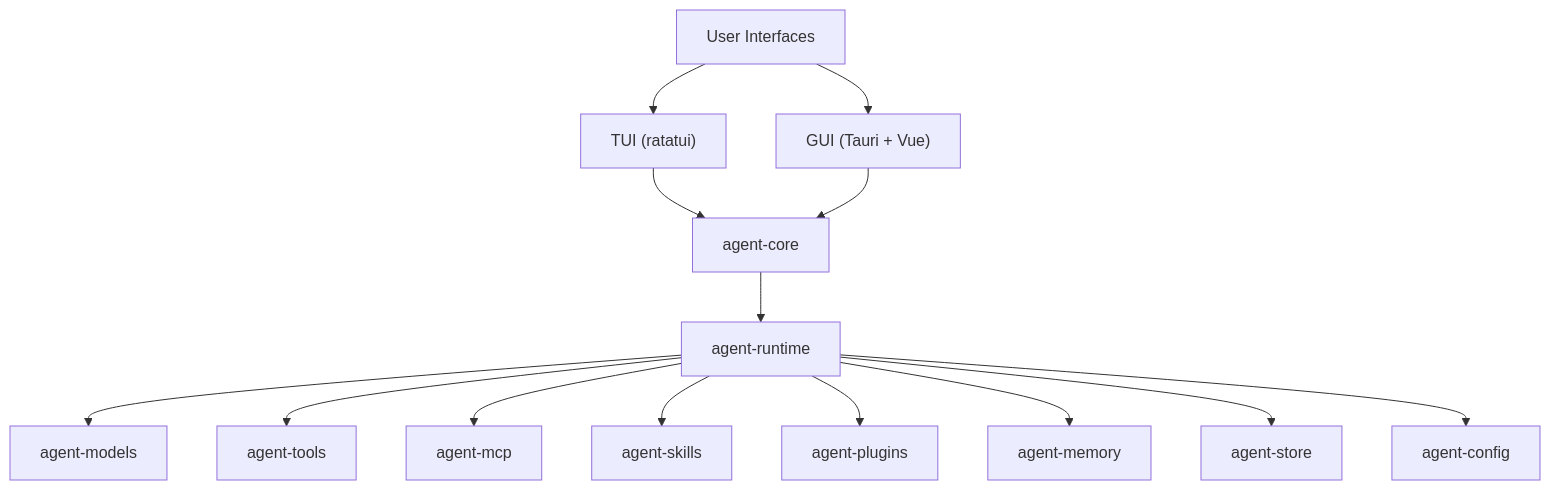
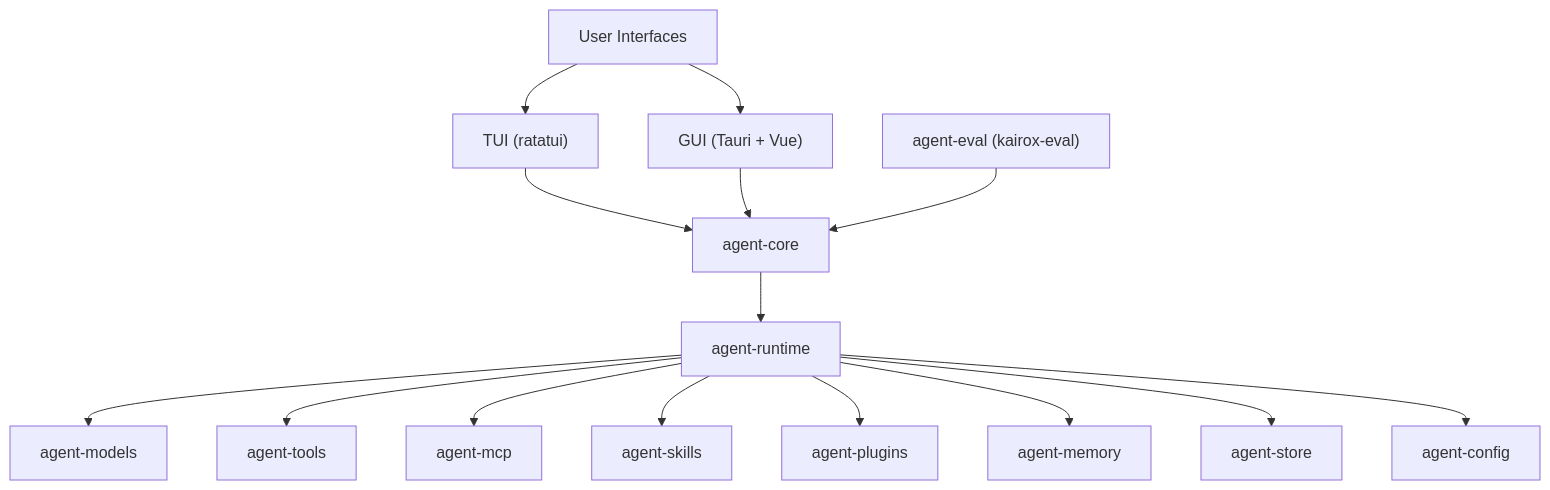
The diagram in README.md (Z-Only/kairox), drawn with Mermaid before and after one commit. The commit also changed other lines of this file and 10 other files, not shown here.

````diff
--- a/README.md
+++ b/README.md
@@ -26,30 +26,32 @@
 ```mermaid
 graph TD
     UI["User Interfaces"]
     TUI["TUI (ratatui)"]
     GUI["GUI (Tauri + Vue)"]
+    EVAL["agent-eval (kairox-eval)"]
     CORE["agent-core"]
     RUNTIME["agent-runtime"]
     MODELS["agent-models"]
     TOOLS["agent-tools"]
     MCP["agent-mcp"]
     SKILLS["agent-skills"]
     PLUGINS["agent-plugins"]
     MEMORY["agent-memory"]
     STORE["agent-store"]
     CONFIG["agent-config"]
 
     UI --> TUI
     UI --> GUI
     TUI --> CORE
     GUI --> CORE
+    EVAL --> CORE
     CORE --> RUNTIME
     RUNTIME --> MODELS
     RUNTIME --> TOOLS
     RUNTIME --> MCP
     RUNTIME --> SKILLS
     RUNTIME --> PLUGINS
     RUNTIME --> MEMORY
     RUNTIME --> STORE
     RUNTIME --> CONFIG
 ```
````
